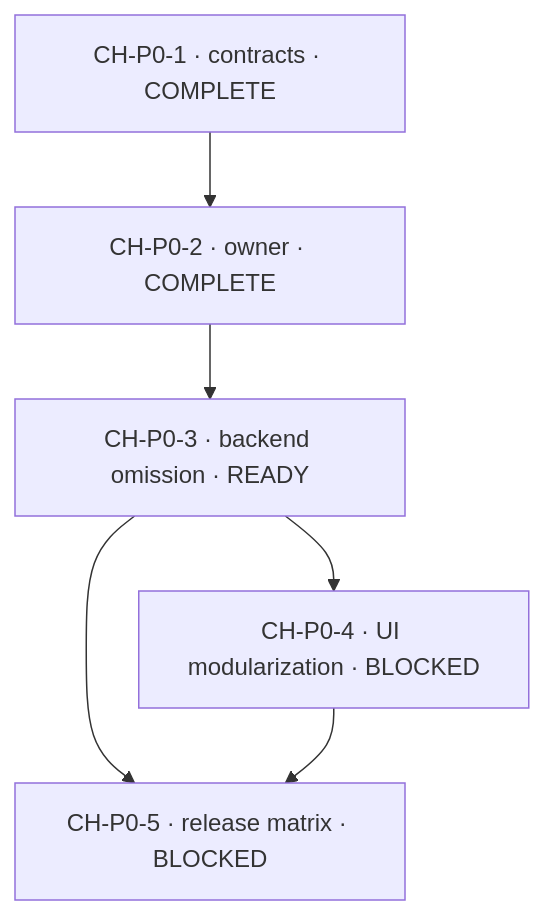
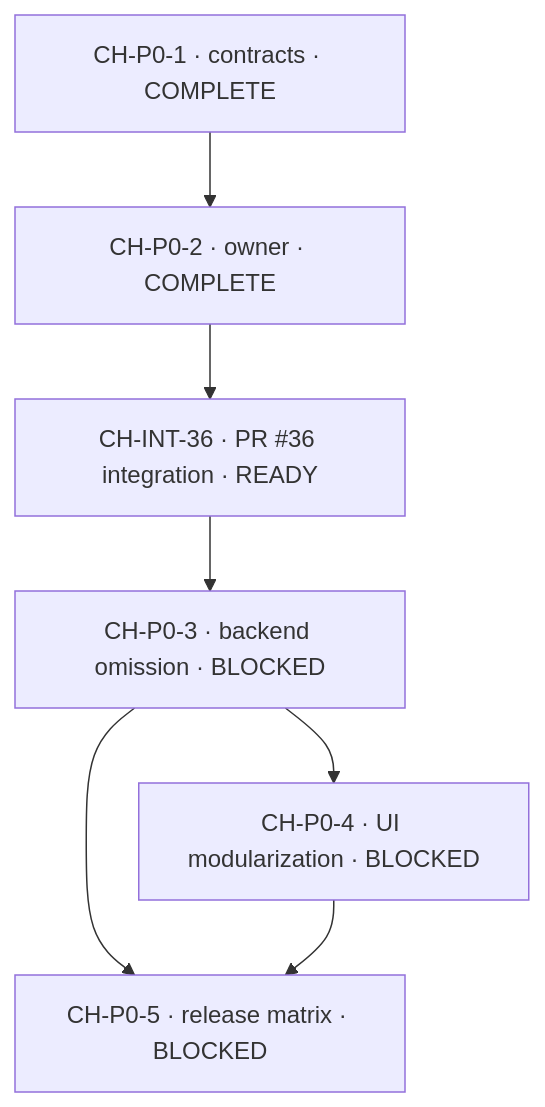
One commit to ProjectViVy/agent-vivy changed the diagram in docs/superpowers/plans/channel-modularization/index.md. Above: the diagram before and after it, drawn with Mermaid. The commit also changed other lines of this file and 2 other files, not shown here.

Commit message:
docs(channel): plan PR 36 aggregate integration

````diff
--- a/docs/superpowers/plans/channel-modularization/index.md
+++ b/docs/superpowers/plans/channel-modularization/index.md
@@ -58,8 +63,9 @@
 ```mermaid
 flowchart TD
     P01["CH-P0-1 · contracts · COMPLETE"] --> P02["CH-P0-2 · owner · COMPLETE"]
-    P02 --> P03["CH-P0-3 · backend omission · READY"]
+    P02 --> I36["CH-INT-36 · PR #36 integration · READY"]
+    I36 --> P03["CH-P0-3 · backend omission · BLOCKED"]
     P03 --> P04["CH-P0-4 · UI modularization · BLOCKED"]
     P03 --> P05["CH-P0-5 · release matrix · BLOCKED"]
     P04 --> P05
 ```
````
